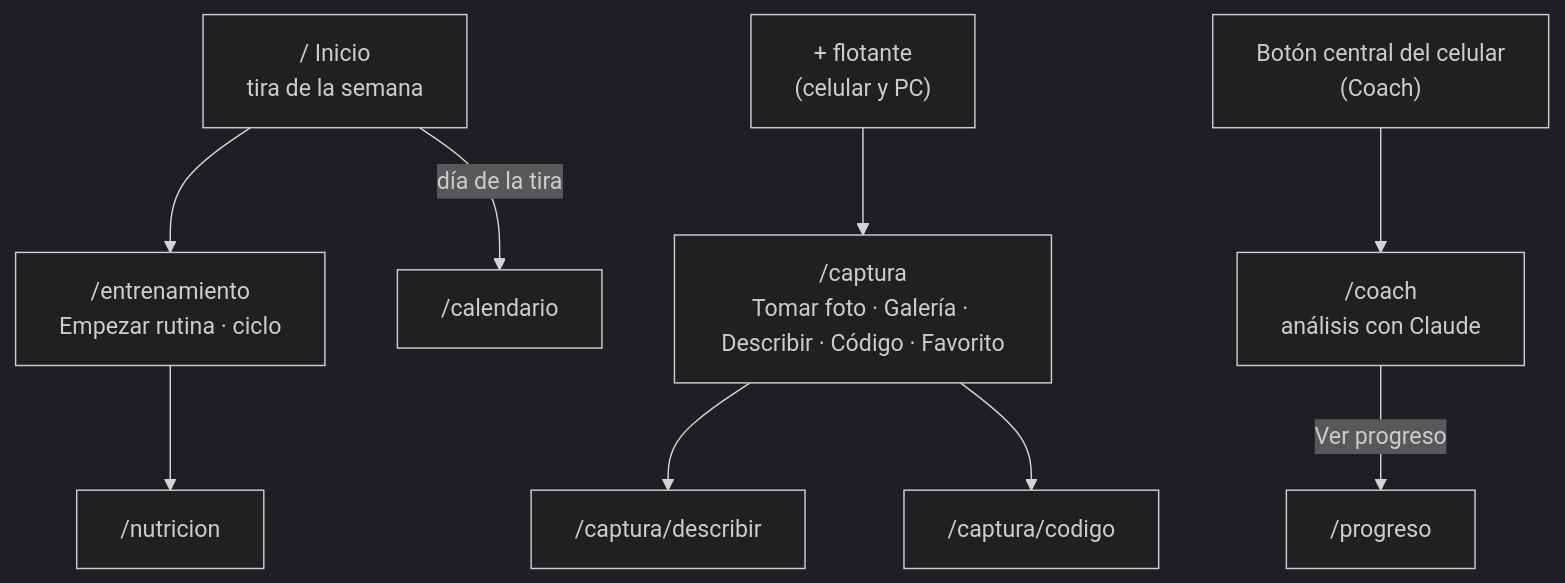
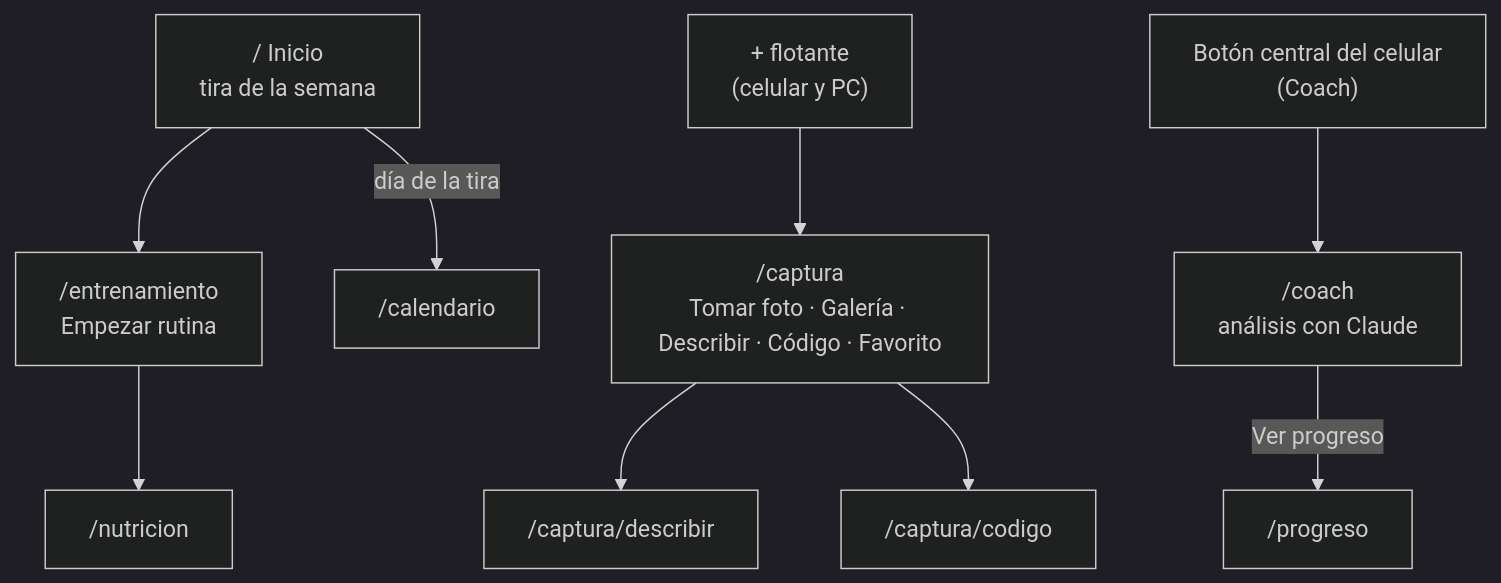
One commit to francoogb/pulse-gym changed the fifth of 6 diagrams in ARQUITECTURA.md. Above: the diagram before and after it, drawn with Mermaid (dark theme). The commit also changed other lines of this file and 24 other files, not shown here.

````diff
--- a/ARQUITECTURA.md
+++ b/ARQUITECTURA.md
@@ -172,23 +172,23 @@
 ```mermaid
 flowchart TD
     INICIO["/ Inicio<br/>tira de la semana"]
-    ENTRENAR["/entrenamiento<br/>Empezar rutina · ciclo"]
+    ENTRENAR["/entrenamiento<br/>Empezar rutina"]
     NUTRICION["/nutricion"]
     PROGRESO["/progreso"]
     CALENDARIO["/calendario"]
     COACH["/coach<br/>análisis con Claude"]
     CAPTURA["/captura<br/>Tomar foto · Galería · Describir · Código · Favorito"]
     DESCRIBIR["/captura/describir"]
     CODIGO["/captura/codigo"]
     MAS["+ flotante<br/>(celular y PC)"]
     CAMARA["Botón central del celular<br/>(Coach)"]
 
     INICIO -->|día de la tira| CALENDARIO
     INICIO --> ENTRENAR
     ENTRENAR --> NUTRICION
     MAS --> CAPTURA
     CAPTURA --> DESCRIBIR
     CAPTURA --> CODIGO
     CAMARA --> COACH
     COACH -->|Ver progreso| PROGRESO
 ```
````
